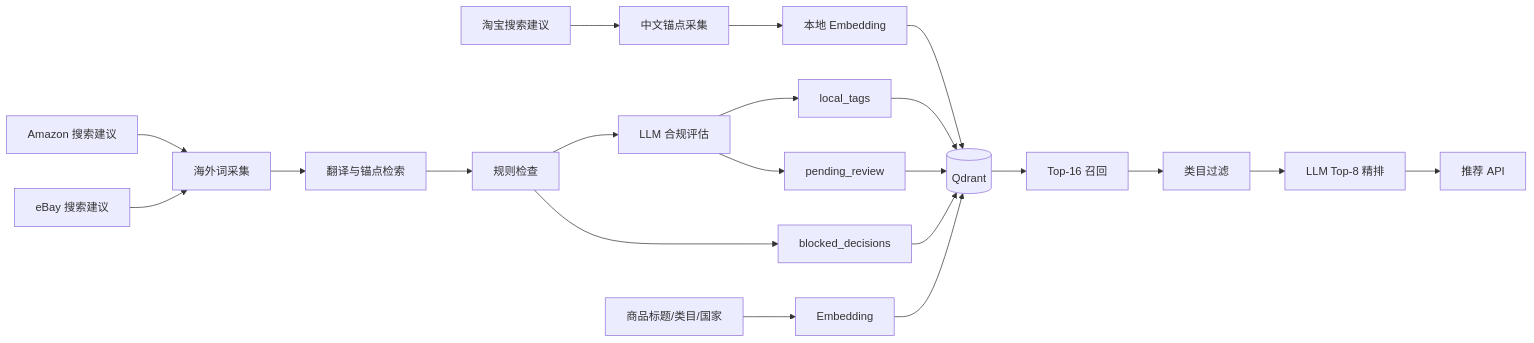
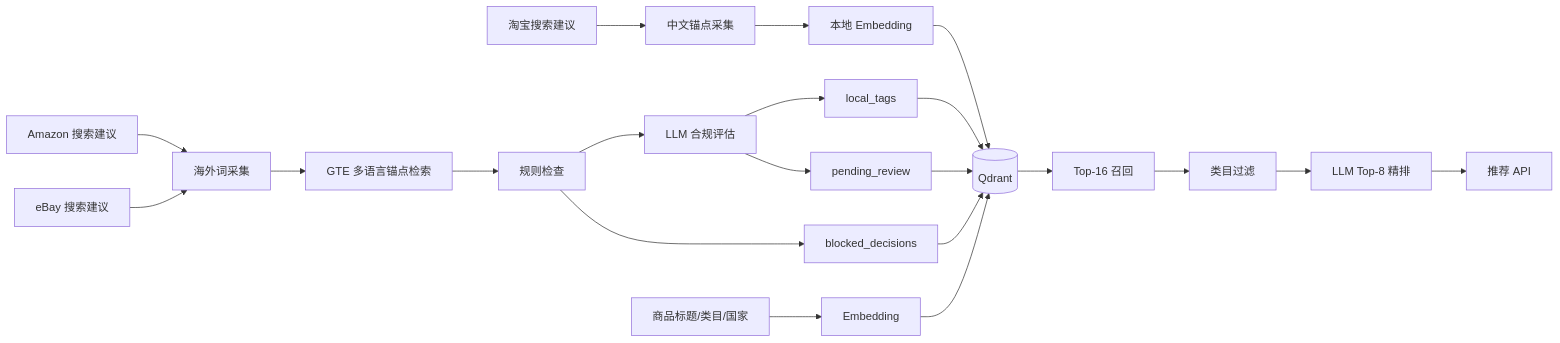
One commit to Wyulng/joytag changed the diagram in docs/JoyTag MRD、PRD、BRD（代码对齐修订版）.md. Above: the diagram before and after it, drawn with Mermaid. The commit also changed other lines of this file and 11 other files, not shown here.

````diff
--- a/docs/JoyTag MRD、PRD、BRD（代码对齐修订版）.md
+++ b/docs/JoyTag MRD、PRD、BRD（代码对齐修订版）.md
@@ -224,23 +224,23 @@
 ```mermaid
 flowchart LR
     A[淘宝搜索建议] --> B[中文锚点采集]
     C[Amazon 搜索建议] --> D[海外词采集]
     E[eBay 搜索建议] --> D
     B --> F[本地 Embedding]
-    D --> G[翻译与锚点检索]
+    D --> G[GTE 多语言锚点检索]
     G --> H[规则检查]
     H --> I[LLM 合规评估]
     I --> J[local_tags]
     I --> K[pending_review]
     H --> L[blocked_decisions]
     F --> M[(Qdrant)]
     J --> M
     K --> M
     L --> M
     N[商品标题/类目/国家] --> O[Embedding]
     O --> M
     M --> P[Top-16 召回]
     P --> Q[类目过滤]
     Q --> R[LLM Top-8 精排]
     R --> S[推荐 API]
 ```
````
